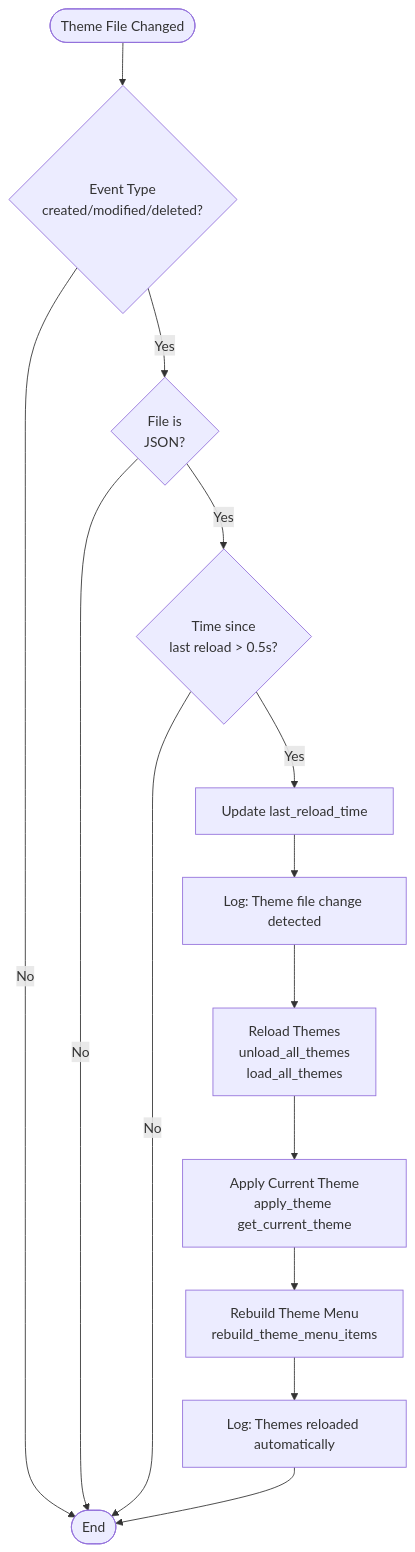
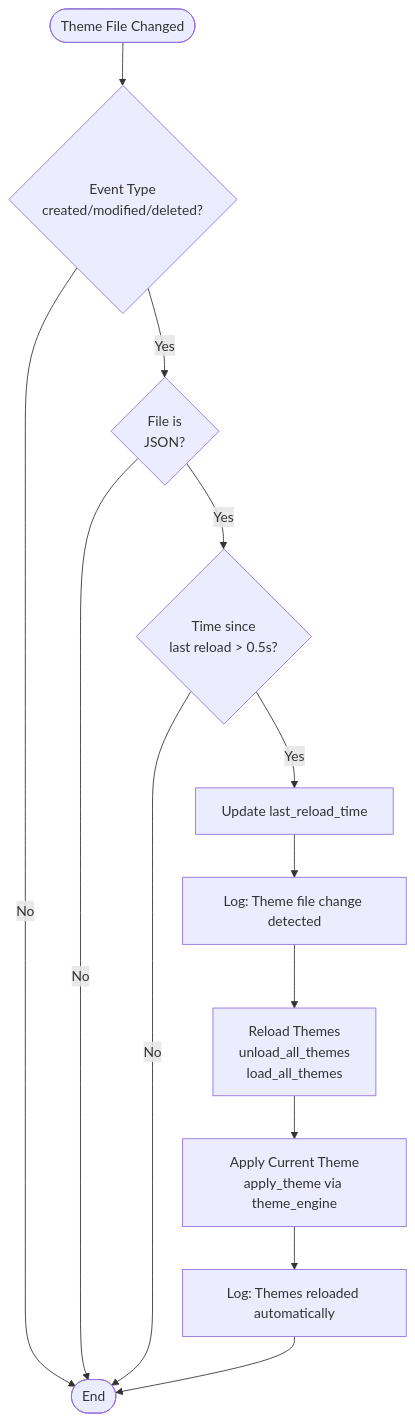
Before and after one commit to StroepWafel/LYTE: the ninth of 12 diagrams in PROGRAM_FLOW.md, drawn with Mermaid. The commit also changed other lines of this file and 19 other files, not shown here.

````diff
--- a/PROGRAM_FLOW.md
+++ b/PROGRAM_FLOW.md
@@ -300,18 +295,17 @@
 ```mermaid
 flowchart TD
     Start([Theme File Changed]) --> CheckType{Event Type<br/>created/modified/deleted?}
     CheckType -->|No| End([End])
     CheckType -->|Yes| CheckFile{File is<br/>JSON?}
     CheckFile -->|No| End
     CheckFile -->|Yes| CheckDebounce{Time since<br/>last reload > 0.5s?}
     
     CheckDebounce -->|No| End
     CheckDebounce -->|Yes| UpdateTimestamp[Update last_reload_time]
     UpdateTimestamp --> LogChange[Log: Theme file change detected]
     LogChange --> ReloadThemes[Reload Themes<br/>unload_all_themes<br/>load_all_themes]
     
-    ReloadThemes --> ApplyCurrent[Apply Current Theme<br/>apply_theme get_current_theme]
-    ApplyCurrent --> RebuildMenu[Rebuild Theme Menu<br/>rebuild_theme_menu_items]
-    RebuildMenu --> LogSuccess[Log: Themes reloaded automatically]
+    ReloadThemes --> ApplyCurrent[Apply Current Theme<br/>apply_theme via theme_engine]
+    ApplyCurrent --> LogSuccess[Log: Themes reloaded automatically]
     LogSuccess --> End
 ```
````
